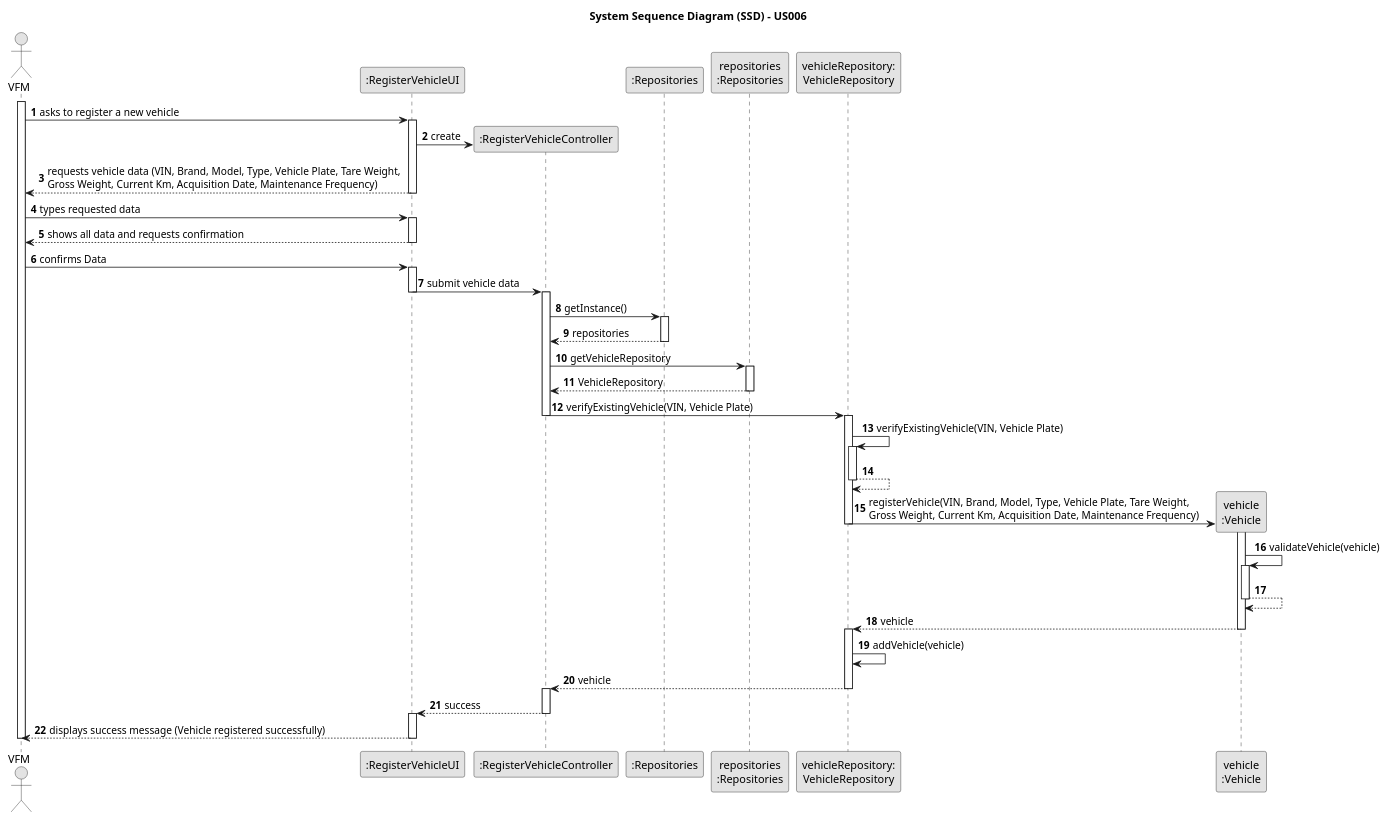
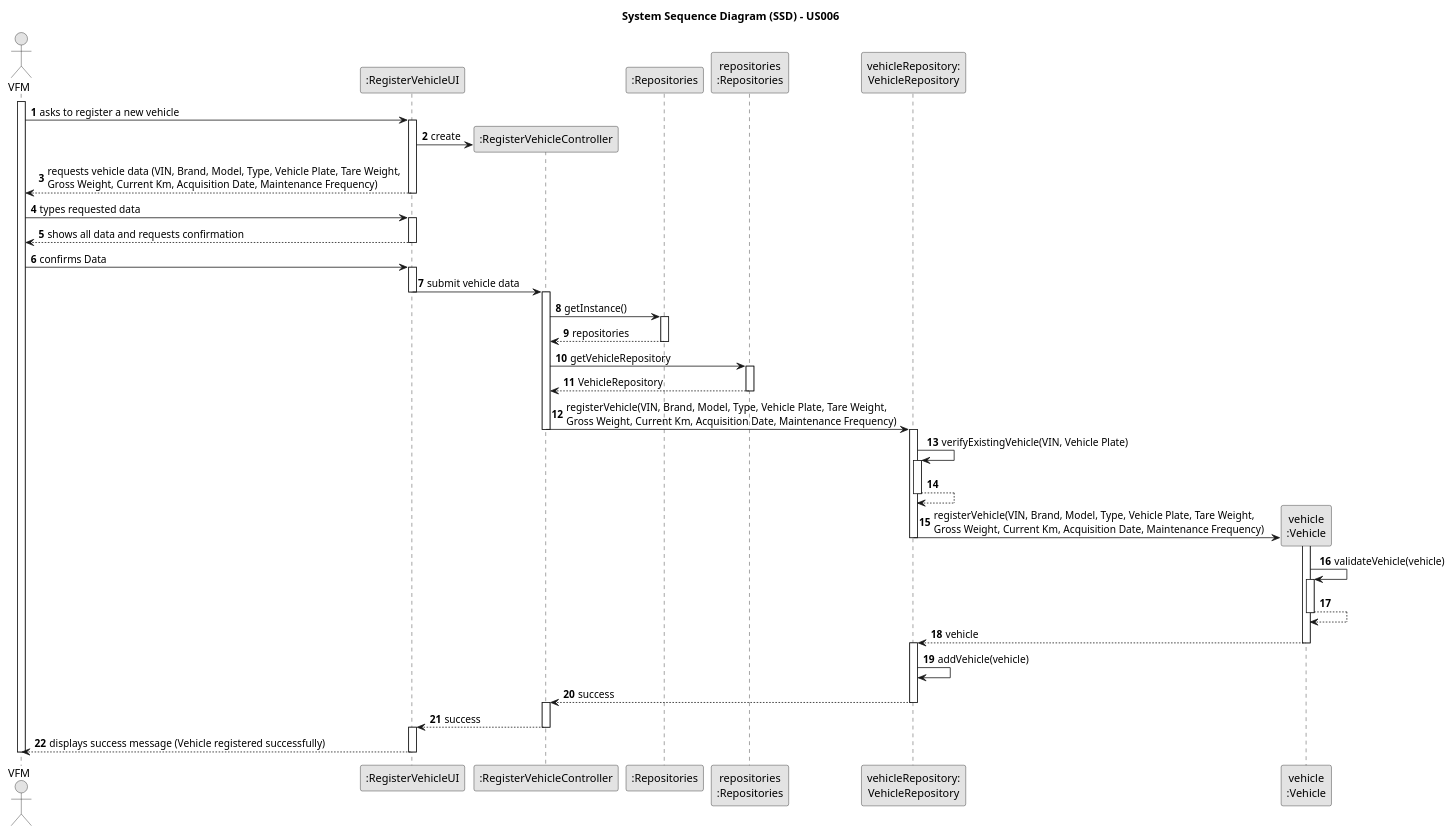
One commit to ricardomm7/leaflink changed the diagram in docs/sprintB/us006/03.design/puml/us006-sequence-diagram-full.puml. Above: the diagram before and after it, drawn with PlantUML. The commit also changed 8 other files, not shown here.

```diff
--- a/docs/sprintB/us006/03.design/puml/us006-sequence-diagram-full.puml
+++ b/docs/sprintB/us006/03.design/puml/us006-sequence-diagram-full.puml
@@ -1,99 +1,99 @@
 @startuml
 skinparam monochrome true
 skinparam packageStyle rectangle
 skinparam shadowing false
 
 title System Sequence Diagram (SSD) - US006
 
 autonumber
 
 actor "VFM" as VFM
 participant ":RegisterVehicleUI" as UI
 participant ":RegisterVehicleController" as CTRL
 participant ":Repositories" as RepositorySingleton
 participant "repositories\n:Repositories" as PLAT
 participant "vehicleRepository:\nVehicleRepository" as VehicleRepository
 participant "vehicle\n:Vehicle" as VEI
 
 activate VFM
 
     VFM -> UI : asks to register a new vehicle
     activate UI
 
         UI -> CTRL** : create
 
         UI --> VFM : requests vehicle data (VIN, Brand, Model, Type, Vehicle Plate, Tare Weight, \nGross Weight, Current Km, Acquisition Date, Maintenance Frequency)
         deactivate UI
 
     VFM -> UI : types requested data
     activate UI
 
     UI --> VFM : shows all data and requests confirmation
     deactivate UI
 
     VFM -> UI: confirms Data
     activate UI
 
         UI -> CTRL : submit vehicle data
         deactivate UI
         activate CTRL
 
             CTRL -> RepositorySingleton: getInstance()
             activate RepositorySingleton
 
             RepositorySingleton --> CTRL: repositories
             deactivate RepositorySingleton
 
             CTRL -> PLAT: getVehicleRepository
             activate PLAT
 
             PLAT --> CTRL: VehicleRepository
             deactivate PLAT
 
-        CTRL -> VehicleRepository : verifyExistingVehicle(VIN, Vehicle Plate)
+        CTRL -> VehicleRepository : registerVehicle(VIN, Brand, Model, Type, Vehicle Plate, Tare Weight, \nGross Weight, Current Km, Acquisition Date, Maintenance Frequency)
         deactivate CTRL
 
             activate VehicleRepository
 
         VehicleRepository -> VehicleRepository: verifyExistingVehicle(VIN, Vehicle Plate)
                                 activate VehicleRepository
 
                                 VehicleRepository --> VehicleRepository
                                 deactivate VehicleRepository
 
 
             VehicleRepository -> VEI **: registerVehicle(VIN, Brand, Model, Type, Vehicle Plate, Tare Weight, \nGross Weight, Current Km, Acquisition Date, Maintenance Frequency)
         deactivate VehicleRepository
             activate VEI
 
 
             VEI -> VEI: validateVehicle(vehicle)
             activate VEI
 
             VEI --> VEI
             deactivate VEI
 
             VEI --> VehicleRepository: vehicle
             deactivate VEI
             activate VehicleRepository
 
 
 
                         VehicleRepository -> VehicleRepository: addVehicle(vehicle)
 
 
-            VehicleRepository --> CTRL: vehicle
+            VehicleRepository --> CTRL: success
             deactivate VehicleRepository
             activate CTRL
 
 
             CTRL --> UI : success
             deactivate CTRL
             activate UI
 
     UI --> VFM : displays success message (Vehicle registered successfully)
     deactivate UI
 
 deactivate VFM
 
 @enduml
```
